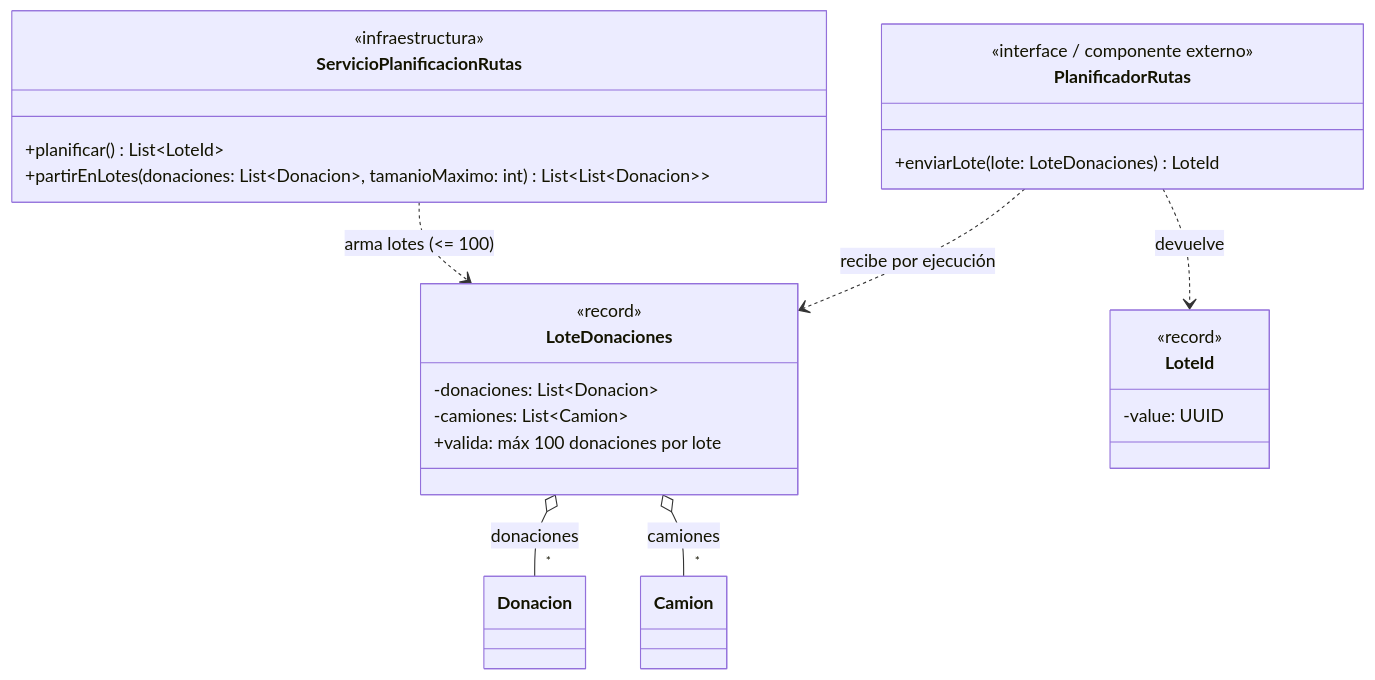
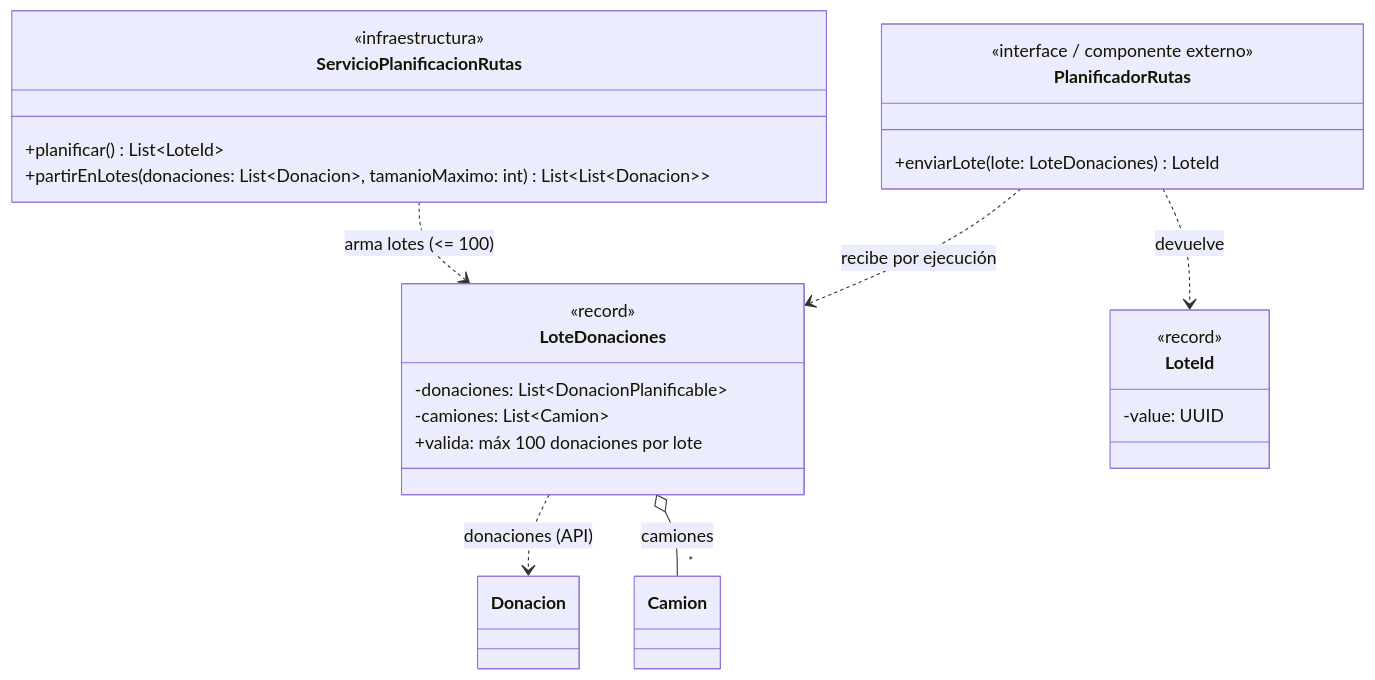
Before and after one commit to eonishi/tp-dds-2026-donatrack: the diagram in docs/diagramas-por-requerimiento/e2-impl2-lotes-100.mermaid, drawn with Mermaid. The commit also changed 11 other files, not shown here.

```diff
--- a/docs/diagramas-por-requerimiento/e2-impl2-lotes-100.mermaid
+++ b/docs/diagramas-por-requerimiento/e2-impl2-lotes-100.mermaid
@@ -1,37 +1,37 @@
 %% ============================================================================
 %% ENTREGA 2 — Requerimiento de implementación 2
 %% "El sistema deberá realizar las solicitudes al proveedor en lotes puesto
 %%  que, por restricciones del proveedor, cada ejecución procesa como máximo
 %%  100 donaciones a entregar."
 %% Fragmento mínimo del dominio involucrado (incluye infraestructura).
 %% ============================================================================
 classDiagram
     direction TB
 
     class ServicioPlanificacionRutas {
         <<infraestructura>>
         +planificar() List~LoteId~
         +partirEnLotes(donaciones: List~Donacion~, tamanioMaximo: int) List~List~Donacion~~
     }
     class LoteDonaciones {
         <<record>>
-        -donaciones: List~Donacion~
+        -donaciones: List~DonacionPlanificable~
         -camiones: List~Camion~
         +valida: máx 100 donaciones por lote
     }
     class LoteId {
         <<record>>
         -value: UUID
     }
     class Donacion
     class Camion
     class PlanificadorRutas {
         <<interface / componente externo>>
         +enviarLote(lote: LoteDonaciones) LoteId
     }
 
     ServicioPlanificacionRutas ..> LoteDonaciones : arma lotes (<= 100)
-    LoteDonaciones o-- "*" Donacion : donaciones
+    LoteDonaciones ..> Donacion : donaciones (API)
     LoteDonaciones o-- "*" Camion : camiones
     PlanificadorRutas ..> LoteDonaciones : recibe por ejecución
     PlanificadorRutas ..> LoteId : devuelve
```
